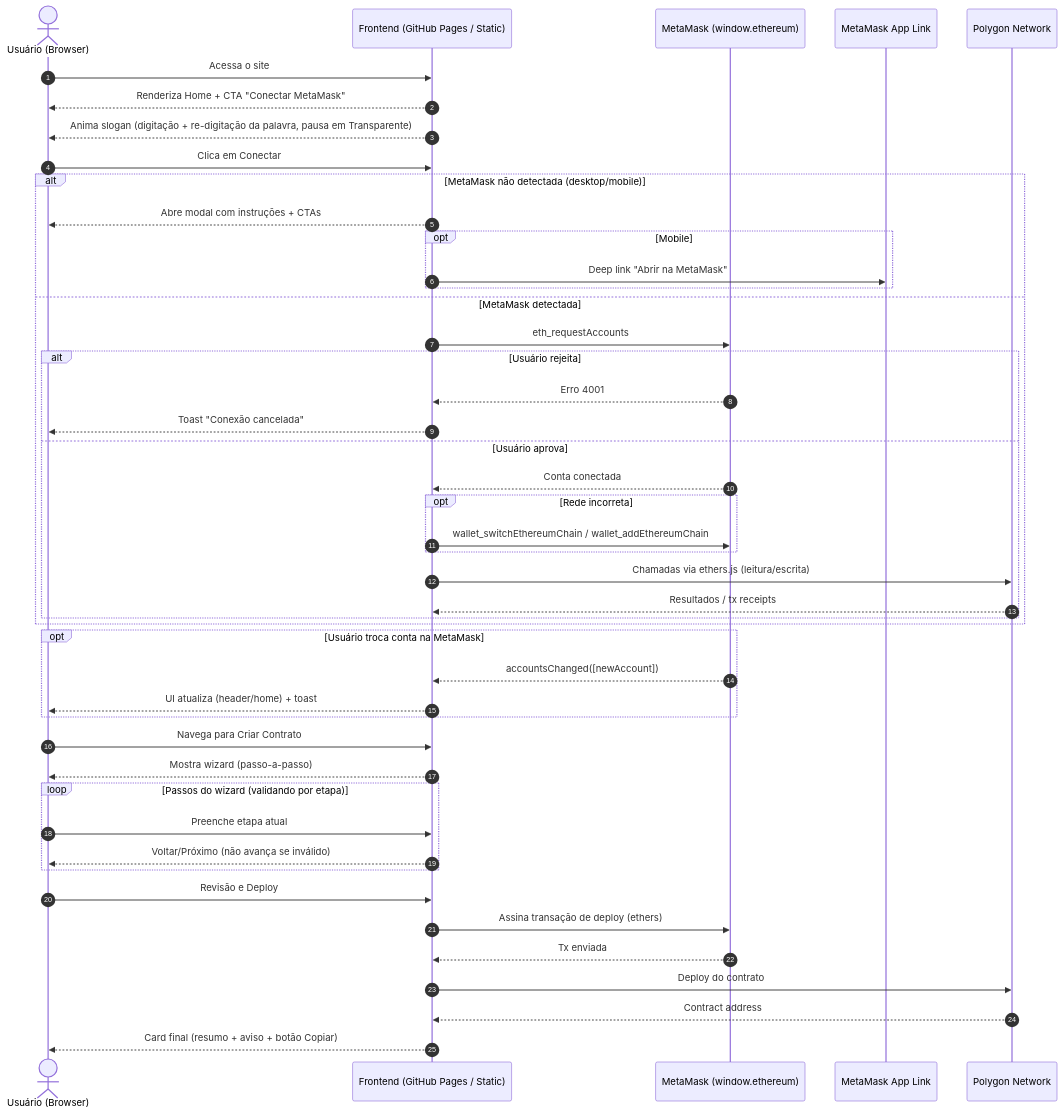
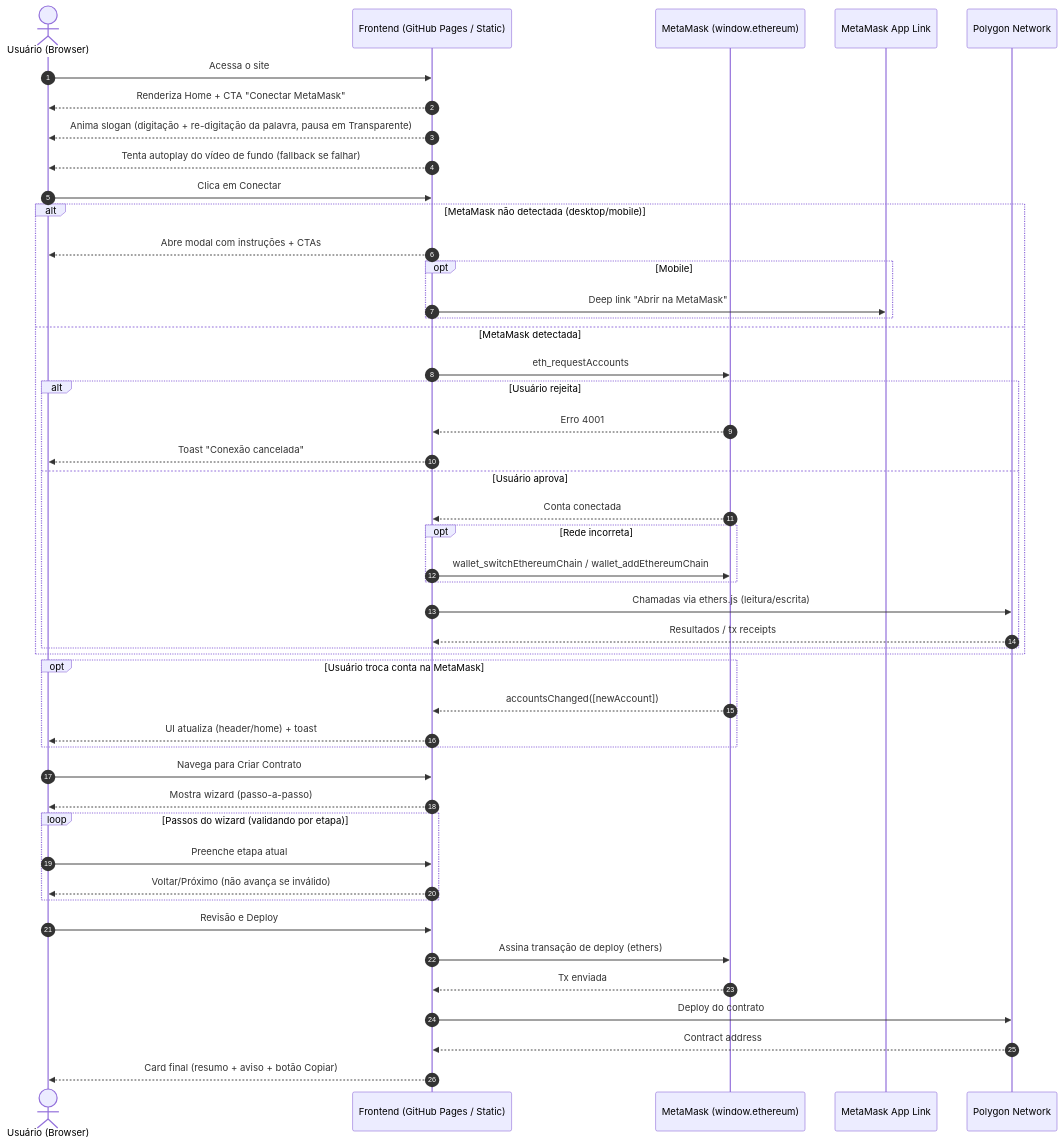
Before and after one commit to Dkubitz/Deal-FiV2: the diagram in .architecture/runtime.mmd, drawn with Mermaid. The commit also changed 2 other files, not shown here.

Commit message:
fix: vÃ­deo de fundo mais compatÃ­vel no mobile
Melhora atributos do vÃ­deo e tenta play() apÃ³s primeiro gesto do usuÃ¡rio.

Adiciona fallback visual quando autoplay falhar e remove blur no mobile.

Atualiza diagrama runtime do frontend.

```diff
--- a/.architecture/runtime.mmd
+++ b/.architecture/runtime.mmd
@@ -1,50 +1,51 @@
 sequenceDiagram
   autonumber
   actor U as Usuário (Browser)
   participant FE as Frontend (GitHub Pages / Static)
   participant MM as MetaMask (window.ethereum)
   participant MMDL as MetaMask App Link
   participant PX as Polygon Network
 
   U->>FE: Acessa o site
   FE-->>U: Renderiza Home + CTA "Conectar MetaMask"
   FE-->>U: Anima slogan (digitação + re-digitação da palavra, pausa em Transparente)
+  FE-->>U: Tenta autoplay do vídeo de fundo (fallback se falhar)
 
   U->>FE: Clica em Conectar
   alt MetaMask não detectada (desktop/mobile)
     FE-->>U: Abre modal com instruções + CTAs
     opt Mobile
       FE->>MMDL: Deep link "Abrir na MetaMask"
     end
   else MetaMask detectada
     FE->>MM: eth_requestAccounts
     alt Usuário rejeita
       MM-->>FE: Erro 4001
       FE-->>U: Toast "Conexão cancelada"
     else Usuário aprova
       MM-->>FE: Conta conectada
       opt Rede incorreta
         FE->>MM: wallet_switchEthereumChain / wallet_addEthereumChain
       end
       FE->>PX: Chamadas via ethers.js (leitura/escrita)
       PX-->>FE: Resultados / tx receipts
     end
   end
 
   opt Usuário troca conta na MetaMask
     MM-->>FE: accountsChanged([newAccount])
     FE-->>U: UI atualiza (header/home) + toast
   end
 
   U->>FE: Navega para Criar Contrato
   FE-->>U: Mostra wizard (passo-a-passo)
   loop Passos do wizard (validando por etapa)
     U->>FE: Preenche etapa atual
     FE-->>U: Voltar/Próximo (não avança se inválido)
   end
   U->>FE: Revisão e Deploy
   FE->>MM: Assina transação de deploy (ethers)
   MM-->>FE: Tx enviada
   FE->>PX: Deploy do contrato
   PX-->>FE: Contract address
   FE-->>U: Card final (resumo + aviso + botão Copiar)
```
